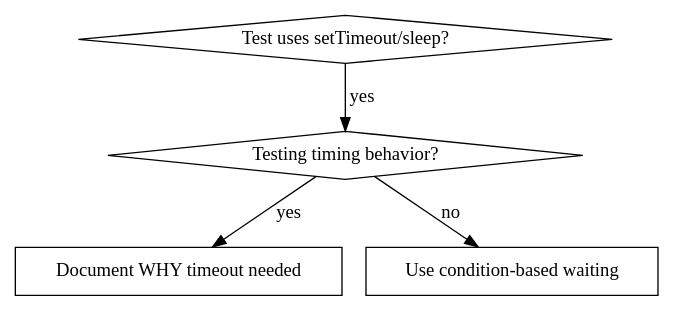
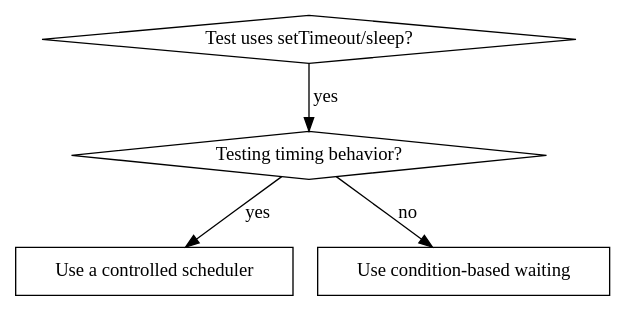
Before and after one commit to BumpyClock/agent-templates: the diagram in skills/programming/systematic-debugging/condition-based-waiting.md, drawn with Graphviz. The commit also changed other lines of this file and 13 other files, not shown here.

````diff
--- a/skills/programming/systematic-debugging/condition-based-waiting.md
+++ b/skills/programming/systematic-debugging/condition-based-waiting.md
@@ -11,12 +11,12 @@
 ```dot
 digraph when_to_use {
     "Test uses setTimeout/sleep?" [shape=diamond];
     "Testing timing behavior?" [shape=diamond];
-    "Document WHY timeout needed" [shape=box];
+    "Use a controlled scheduler" [shape=box];
     "Use condition-based waiting" [shape=box];
 
     "Test uses setTimeout/sleep?" -> "Testing timing behavior?" [label="yes"];
-    "Testing timing behavior?" -> "Document WHY timeout needed" [label="yes"];
+    "Testing timing behavior?" -> "Use a controlled scheduler" [label="yes"];
     "Testing timing behavior?" -> "Use condition-based waiting" [label="no"];
 }
 ```
````
